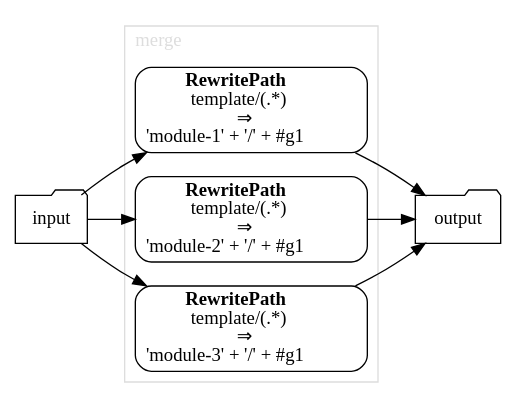
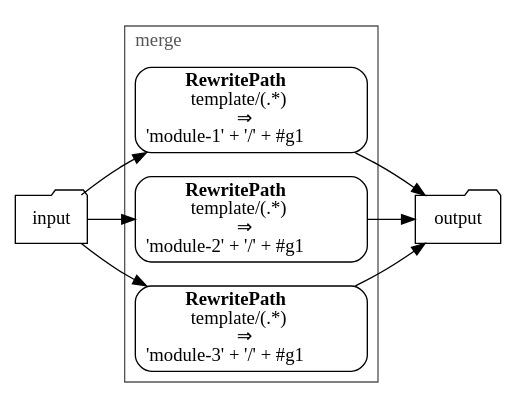
The diagram in application-accelerator/creating-accelerators/transforms/loop1.dot (pivotal/docs-tap), drawn with Graphviz before and after one commit. The commit also changed 21 other files, not shown here.

Commit message:
Adapt diagram colors for accessibility

```diff
--- a/application-accelerator/creating-accelerators/transforms/loop1.dot
+++ b/application-accelerator/creating-accelerators/transforms/loop1.dot
@@ -1,28 +1,28 @@
 // This file was auto-generated from loop1.yaml - DO NOT MODIFY
 
 digraph G {
   rankdir="LR";
   labeljust="l";
   node [shape="rect"; style="rounded"; ]
 
 
   String_5ce33a58 [label="input"; shape="folder"; ]
   String_78a287ed [label="output"; shape="folder"; ]
 
   String_5ce33a58 -> RewritePath_545de5a4;
   String_5ce33a58 -> RewritePath_29ef6856;
   String_5ce33a58 -> RewritePath_ab7a938;
   RewritePath_545de5a4 -> String_78a287ed;
   RewritePath_29ef6856 -> String_78a287ed;
   RewritePath_ab7a938 -> String_78a287ed;
 
   subgraph cluster_3a320ade {
     label=<merge>;
-    color="#DDDDDD";
-    fontcolor="#dddddd";
+    color="#555555";
+    fontcolor="#555555";
 
     RewritePath_545de5a4 [label=<<b>RewritePath</b><br/>template/(.*)<br/> &#x21D2; <br/>'module-1' + '/' + #g1>; ]
     RewritePath_29ef6856 [label=<<b>RewritePath</b><br/>template/(.*)<br/> &#x21D2; <br/>'module-2' + '/' + #g1>; ]
     RewritePath_ab7a938 [label=<<b>RewritePath</b><br/>template/(.*)<br/> &#x21D2; <br/>'module-3' + '/' + #g1>; ]
   }
 }
```
